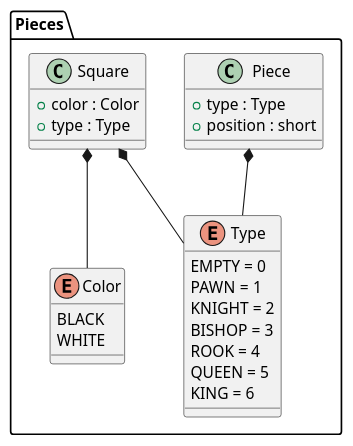
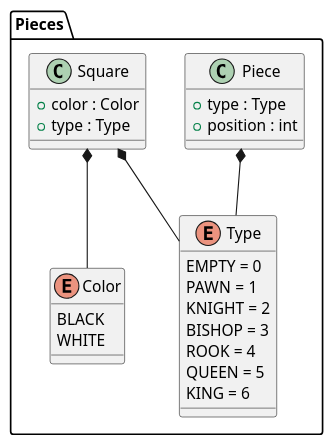
Before and after one commit to Exclusivefrog28/chessengine: the diagram in uml/piece.puml, drawn with PlantUML. The commit also changed 5 other files, not shown here.

Commit message:
UML corrections

```diff
--- a/uml/piece.puml
+++ b/uml/piece.puml
@@ -1,62 +1,62 @@
 @startuml
 
 skinparam backgroundcolor transparent
 
 /' Objects '/
 
 namespace Pieces {
 	enum Color {
 		BLACK
 		WHITE
 	}
 
 	enum Type {
 		EMPTY = 0
         PAWN = 1
         KNIGHT = 2
         BISHOP = 3
         ROOK = 4
         QUEEN = 5
         KING = 6
 	}
 
 	class Piece {
 		+type : Type
-		+position : short
+		+position : int
 	}
 
 	class Square {
 		+color : Color
 		+type : Type
 	}
 }
 
 
 
 
 
 /' Inheritance relationships '/
 
 
 
 
 /' Aggregation relationships '/
 
 Pieces.Piece *-- Pieces.Type
 
 
 Pieces.Square *-- Pieces.Color
 
 
 Pieces.Square *-- Pieces.Type
 
 
 
 
 
 
 /' Nested objects '/
 
 
 
 @enduml
```
